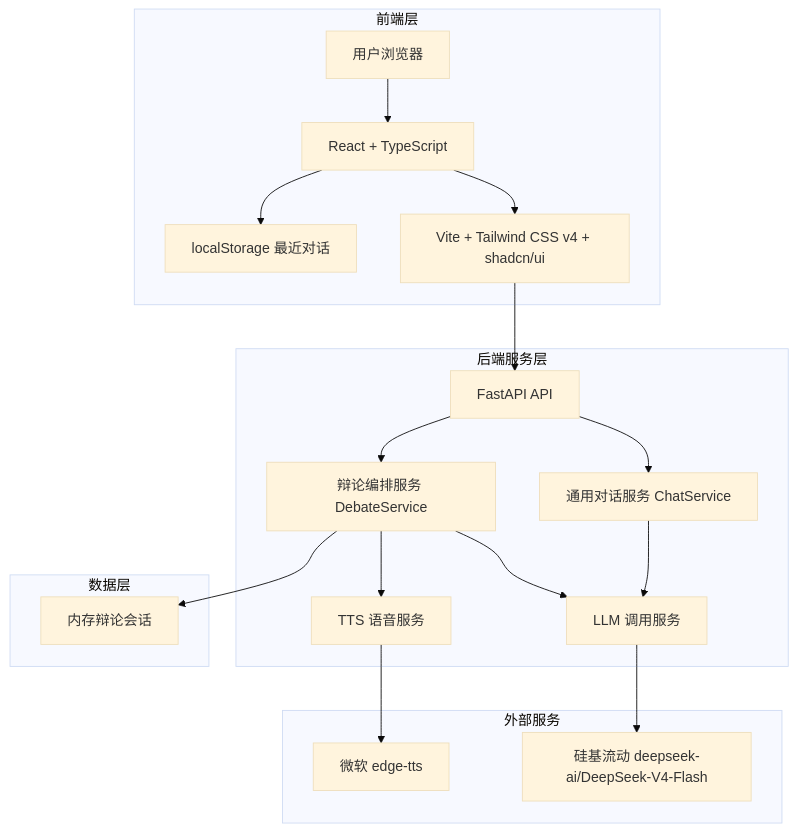
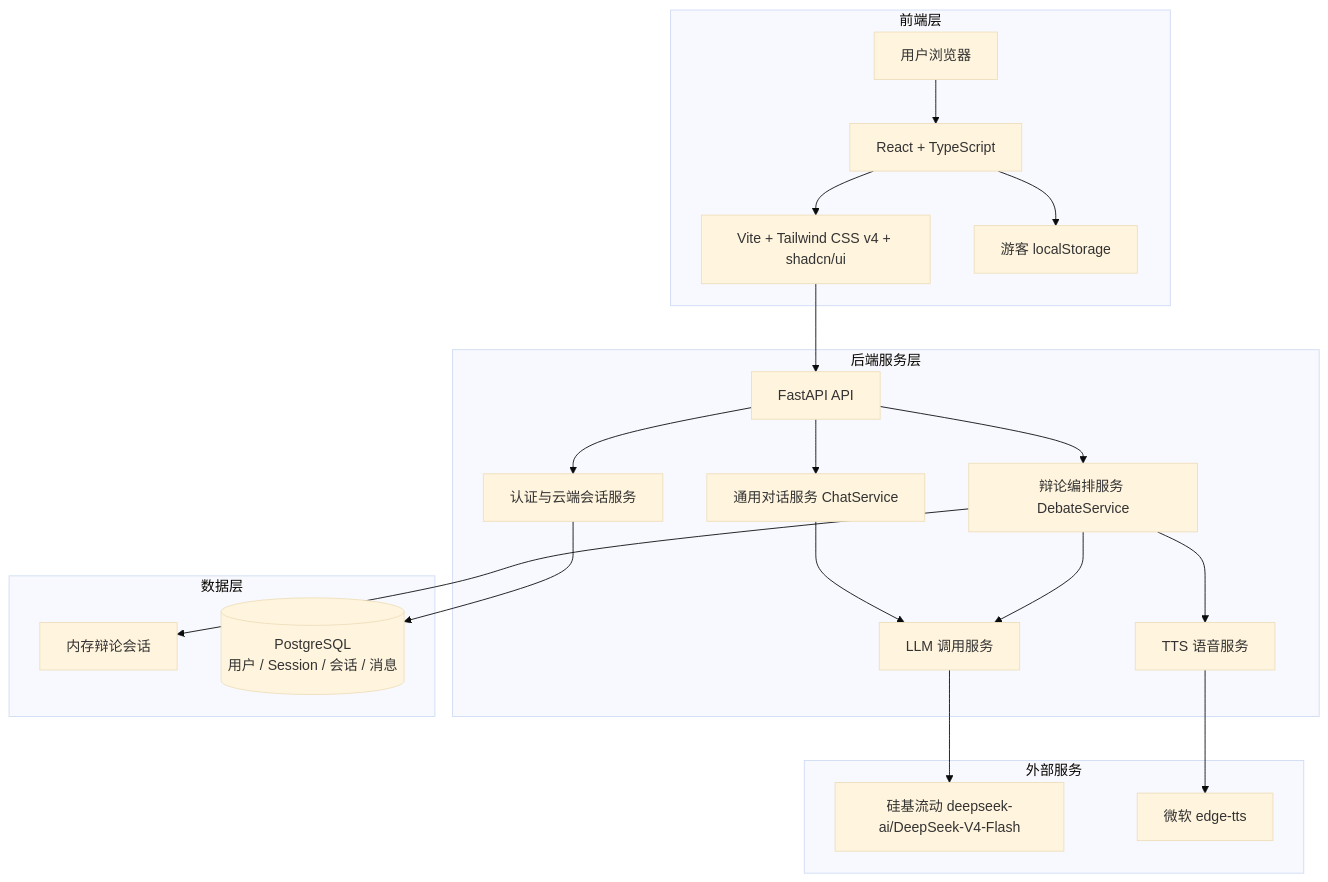
The diagram in README.md (wez798/cyber-foodie-debate), drawn with Mermaid (base theme) before and after one commit. The commit also changed other lines of this file and 51 other files, not shown here.

````diff
--- a/README.md
+++ b/README.md
@@ -11,26 +11,28 @@
 ```mermaid
 graph TB
     subgraph 前端层
         A[用户浏览器] --> B[React + TypeScript]
         B --> C[Vite + Tailwind CSS v4 + shadcn/ui]
-        B --> K[localStorage 最近对话]
+        B --> K[游客 localStorage]
     end
 
     subgraph 后端服务层
         C --> D[FastAPI API]
         D --> L[通用对话服务 ChatService]
+        D --> M[认证与云端会话服务]
         D --> E[辩论编排服务 DebateService]
         L --> F[LLM 调用服务]
         E --> F[LLM 调用服务]
         E --> G[TTS 语音服务]
     end
 
     subgraph 外部服务
         F --> H[硅基流动 deepseek-ai/DeepSeek-V4-Flash]
         G --> I[微软 edge-tts]
     end
 
     subgraph 数据层
         E --> J[内存辩论会话]
+        M --> N[(PostgreSQL<br/>用户 / Session / 会话 / 消息)]
     end
 ```
````
